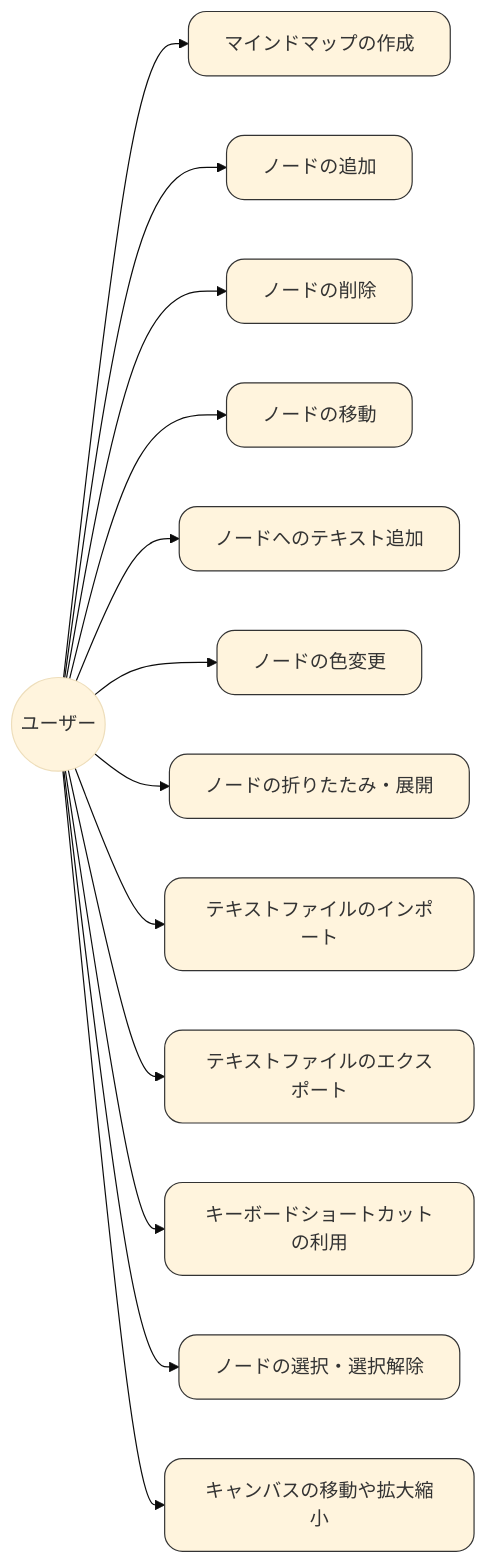
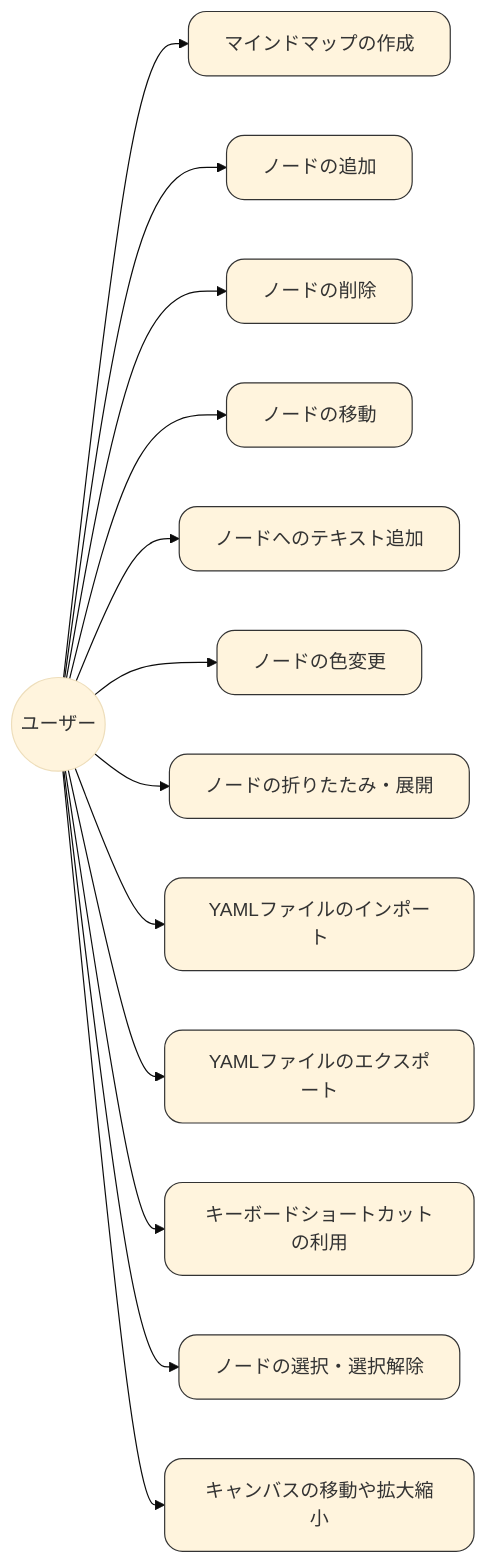
One commit to TakedaTakumi/hydrangea changed the diagram in docs/RequirementsDefinition/scenario.md. Above: the diagram before and after it, drawn with Mermaid (base theme). The commit also changed other lines of this file and 46 other files, not shown here.

````diff
--- a/docs/RequirementsDefinition/scenario.md
+++ b/docs/RequirementsDefinition/scenario.md
@@ -24,35 +24,35 @@
 ```mermaid
 %% ユースケース図
 flowchart LR
     actor(("ユーザー"))
     
     UC1["マインドマップの作成"]
     UC2["ノードの追加"]
     UC3["ノードの削除"]
     UC4["ノードの移動"]
     UC5["ノードへのテキスト追加"]
     UC6["ノードの色変更"]
     UC7["ノードの折りたたみ・展開"]
-    UC8["テキストファイルのインポート"]
-    UC9["テキストファイルのエクスポート"]
+    UC8["YAMLファイルのインポート"]
+    UC9["YAMLファイルのエクスポート"]
     UC10["キーボードショートカットの利用"]
     UC11["ノードの選択・選択解除"]
     UC12["キャンバスの移動や拡大縮小"]
     
     actor --> UC1
     actor --> UC2
     actor --> UC3
     actor --> UC4
     actor --> UC5
     actor --> UC6
     actor --> UC7
     actor --> UC8
     actor --> UC9
     actor --> UC10
     actor --> UC11
     actor --> UC12
     
     %% ユースケースのスタイル設定
     classDef useCase stroke:#333,stroke-width:1px,rx:15,ry:15;
     class UC1,UC2,UC3,UC4,UC5,UC6,UC7,UC8,UC9,UC10,UC11,UC12 useCase;
 ```
````
